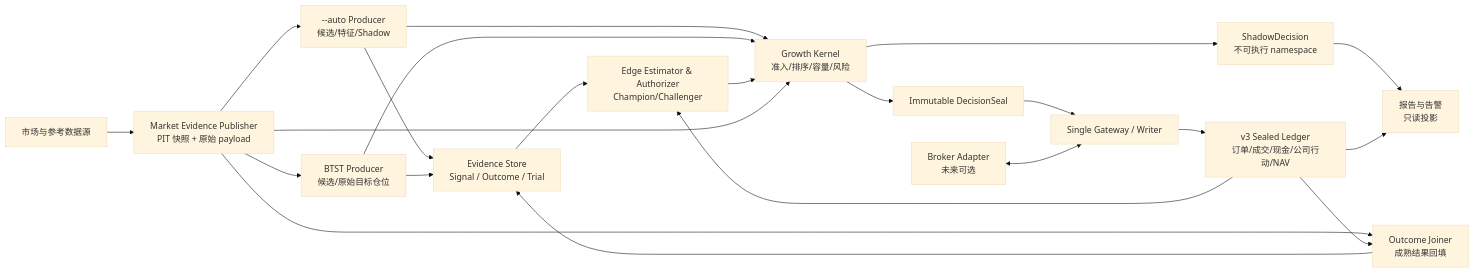
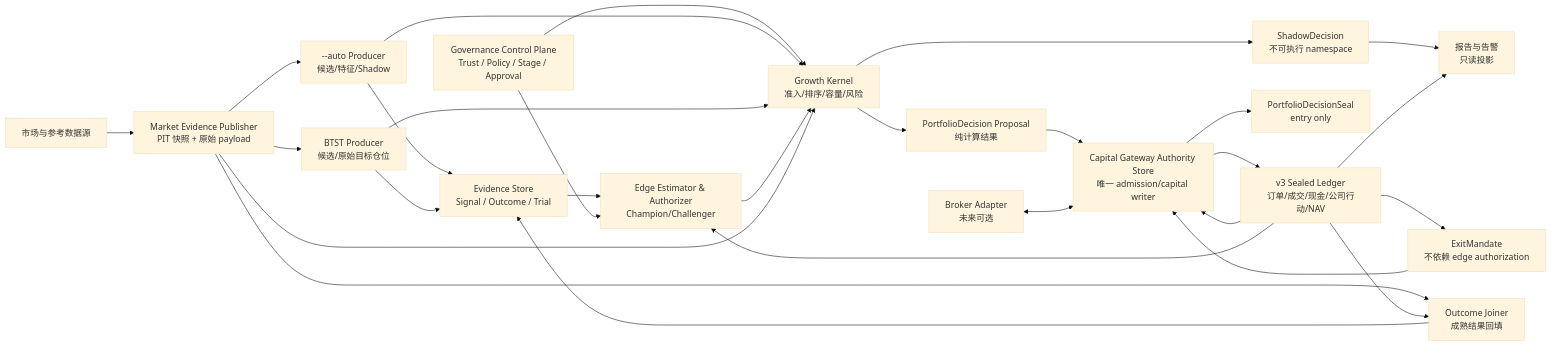
Before and after one commit to A1pha3/ai-hedge-fund: the diagram in docs/superpowers/specs/2026-07-19-evidence-gated-growth-kernel-design.md, drawn with Mermaid (base theme). The commit also changed other lines of this file and 9 other files, not shown here.

Commit message:
docs(v3): approve revision 2 implementation roadmap

````diff
--- a/docs/superpowers/specs/2026-07-19-evidence-gated-growth-kernel-design.md
+++ b/docs/superpowers/specs/2026-07-19-evidence-gated-growth-kernel-design.md
@@ -40,24 +44,30 @@
 ```mermaid
 flowchart LR
     M["市场与参考数据源"] --> S["Market Evidence Publisher<br/>PIT 快照 + 原始 payload"]
     S --> A["--auto Producer<br/>候选/特征/Shadow"]
     S --> B["BTST Producer<br/>候选/原始目标仓位"]
     S --> O["Outcome Joiner<br/>成熟结果回填"]
     A --> E["Evidence Store<br/>Signal / Outcome / Trial"]
     B --> E
     O --> E
     E --> G["Edge Estimator & Authorizer<br/>Champion/Challenger"]
+    C["Governance Control Plane<br/>Trust / Policy / Stage / Approval"] --> G
+    C --> K
     A --> K["Growth Kernel<br/>准入/排序/容量/风险"]
     B --> K
     G --> K
     S --> K
     K --> Q["ShadowDecision<br/>不可执行 namespace"]
-    K --> D["Immutable DecisionSeal"]
-    D --> W["Single Gateway / Writer"]
-    W --> L["v3 Sealed Ledger<br/>订单/成交/现金/公司行动/NAV"]
-    X["Broker Adapter<br/>未来可选"] <--> W
+    K --> P["PortfolioDecision Proposal<br/>纯计算结果"]
+    P --> W["Capital Gateway Authority Store<br/>唯一 admission/capital writer"]
+    W --> D["PortfolioDecisionSeal<br/>entry only"]
+    L["v3 Sealed Ledger<br/>订单/成交/现金/公司行动/NAV"] --> W
+    W --> L
+    L --> X["ExitMandate<br/>不依赖 edge authorization"]
+    X --> W
+    Y["Broker Adapter<br/>未来可选"] <--> W
     L --> O
     L --> G
     Q --> R
     L --> R["报告与告警<br/>只读投影"]
 ```
````
